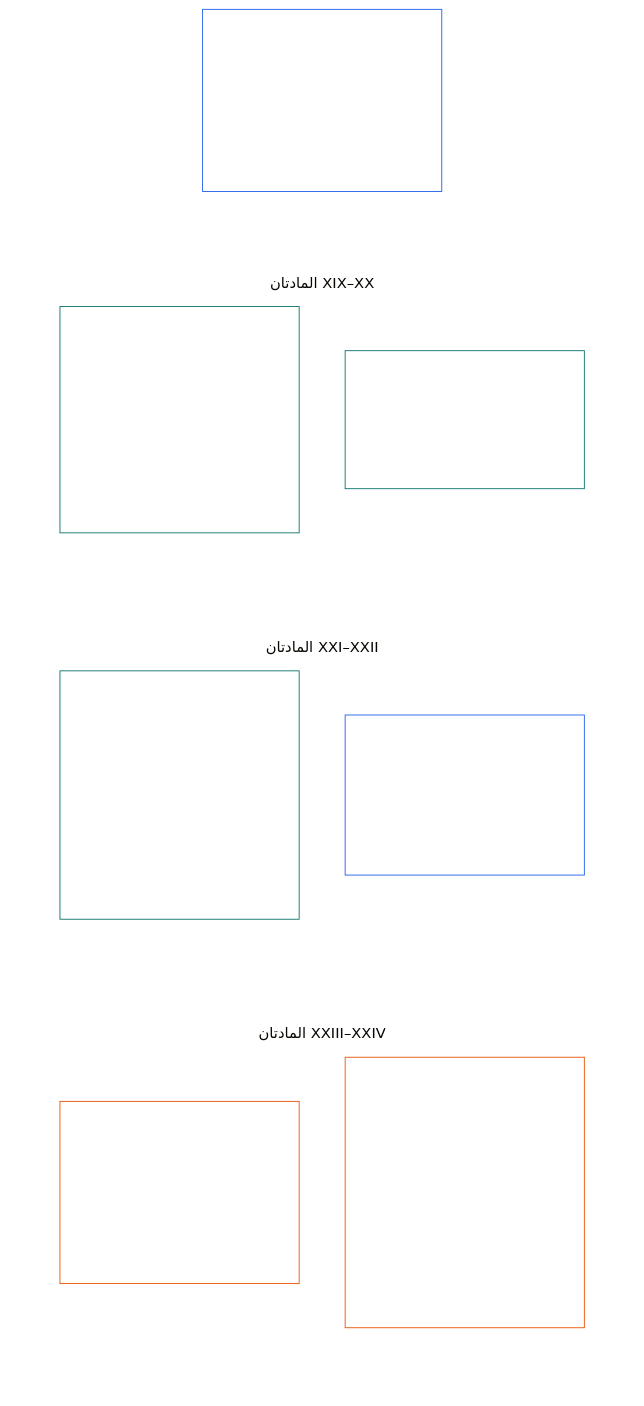
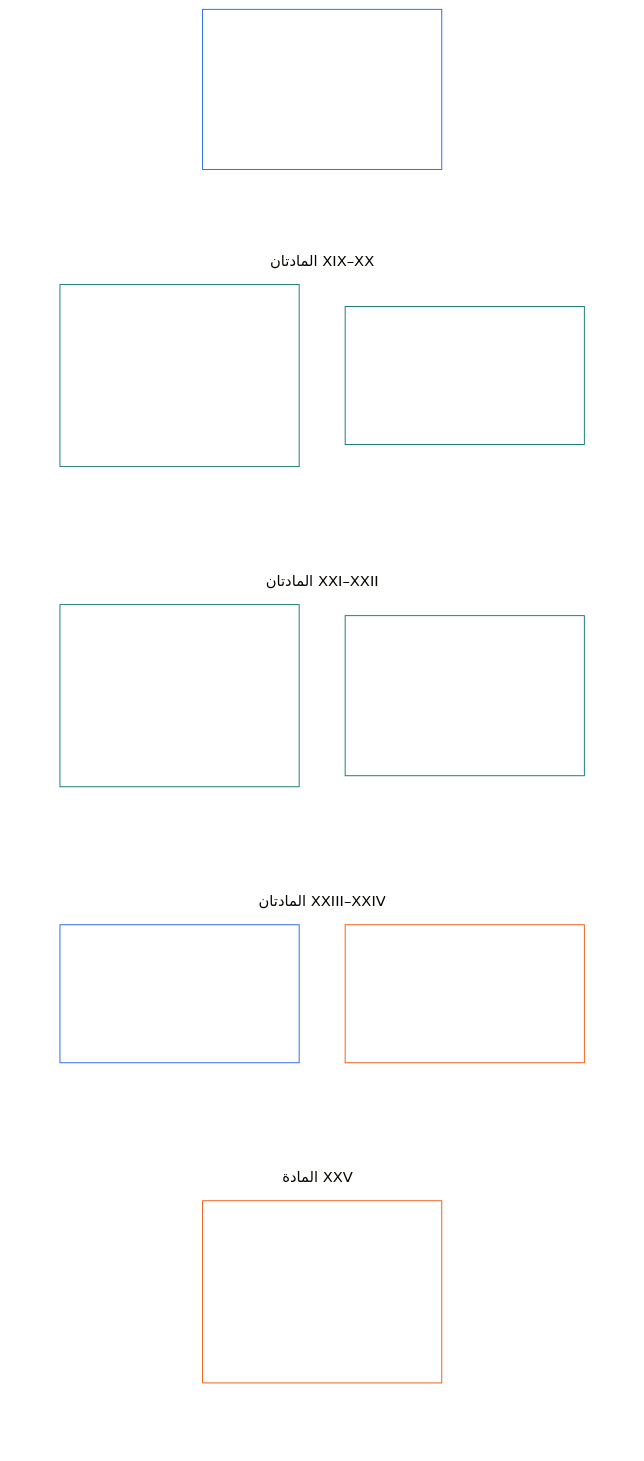
Before and after one commit to kfoelsch/Sentient_Constitution: the diagram in translations/ar/core_06_rights_part_d.md, drawn with Mermaid (base theme). The commit also changed other lines of this file and 353 other files, not shown here.

````diff
--- a/translations/ar/core_06_rights_part_d.md
+++ b/translations/ar/core_06_rights_part_d.md
@@ -41,36 +41,42 @@
 ```mermaid
 flowchart TB
-    D0["الجزء د<br/><br/>صفة المشاركة والعدل وقابلية التشغيل البيني<br/>وسهولة الفهم ومراجعة الأسباب الجذرية والتفسير الدستوري"]
+    D0["Part D<br/><br/>الصفة والعدل والتشغيل البيني والتنقل واللجوء والفهم ومراجعة الأسباب والتفسير الدستوري"]
     subgraph Dgrid[" "]
         direction TB
         subgraph Drow1["المادتان XIX–XX"]
-            D1["المادة XIX · صفة المشاركة والمشاركة في الحوكمة<br/><br/>• تمييزات صفة المشاركة<br/>• قابلية الطعن وحدود القيود<br/>• أهلية المسارات المسماة والمسؤولية والتدقيق<br/>• التنقل واللجوء وعدم انعدام الجنسية"]
-            D2["المادة XX · العدل بعد التحقق من الانتهاك<br/><br/>• هدف العدل ونطاقه<br/>• الحدود الدنيا للقيود"]
+            D1["المادة XIX · صفة المشاركة والمشاركة في الحوكمة<br/><br/>• تمييزات الصفة؛ الاعتراض والقيود؛ الأهلية والانتهاكات والأقفال؛ التصويت والأقفال الخاصة"]
+            D2["المادة XX · العدل بعد التحقق من الانتهاك<br/><br/>• هدف العدالة ونطاقها؛ حدود القيود"]
         end
         subgraph Drow2["المادتان XXI–XXII"]
-            D3["المادة XXI · قابلية التشغيل البيني وقابلية النقل والتنقل واللجوء ونزاهة الخروج<br/><br/>• قابلية النقل<br/>• قابلية التشغيل البيني المتبادلة<br/>• حظر الاحتجاز داخل النظام<br/>• التنقل والهجرة واللجوء وعدم انعدام الجنسية"]
-            D4["المادة XXII · سهولة الفهم ورعاية التعقيد<br/><br/>• حق الفهم المتناسب<br/>• تدقيق التعقيد ومتطلبات الوحدات المستقلة"]
+            D3["المادة XXI · قابلية التشغيل البيني وقابلية النقل ونزاهة الخروج<br/><br/>• قابلية النقل؛ التشغيل البيني المتبادل؛ منع الاحتجاز؛ التنسيقات والمعايير المفتوحة"]
+            D4["المادة XXII · التنقل والهجرة واللجوء وعدم انعدام الجنسية<br/><br/>• التنقل؛ اللجوء؛ عدم انعدام الجنسية؛ القيود والحبس والطوارئ"]
         end
         subgraph Drow3["المادتان XXIII–XXIV"]
-            D5["المادة XXIII · تحليل الأسباب الجذرية والاستجابة التكيفية<br/><br/>• صرامة التشخيص ونسبة الأسباب<br/>• قابلية التدقيق والطعن وتفضيل قابلية الرجوع"]
-            D6["المادة XXIV · التفسير الدستوري والمراجعة وضمانات منع الاستحواذ<br/><br/>• تفويض تفسيري محدود<br/>• التكوين والتناوب وضوابط تضارب المصالح<br/>• الأسباب العلنية وحقوق الطعن والمراجعة الخارجية<br/>• العزل لسبب مشروع ومنع ترسيخ السلطة"]
+            D5["المادة XXIII · سهولة الفهم والإشراف على التعقيد<br/><br/>• الفهم المتناسب؛ تدقيق التعقيد والوحدات"]
+            D6["المادة XXIV · تحليل الأسباب الجذرية والاستجابة التكيفية<br/><br/>• التشخيص؛ الإسناد السببي؛ التدقيق والطعن والتراجع"]
+        end
+        subgraph Drow4["المادة XXV"]
+            D7["المادة XXV · التفسير الدستوري والمراجعة وضمانات منع الاستحواذ<br/><br/>• التفويض المحدود؛ الاستقلال والمراجعة الخارجية؛ العزل ومنع الترسخ"]
         end
     end
-    %% الروابط غير المرئية تفرض تخطيطًا من عمودين: كل رابط يضع هدفه مستوى أدنى.
+    %% Invisible links place the cards in the source reading order.
     D0 ~~~ D1 & D2
     D1 ~~~ D3
     D2 ~~~ D4
     D3 ~~~ D5
     D4 ~~~ D6
+    D5 & D6 ~~~ D7
     style Dgrid fill:none,stroke:none
     style Drow1 fill:none,stroke:none
     style Drow2 fill:none,stroke:none
     style Drow3 fill:none,stroke:none
+    style Drow4 fill:none,stroke:none
     style D0 fill:none,stroke:#2563eb,color:#ffffff
     style D1 fill:none,stroke:#0f766e,color:#ffffff
     style D2 fill:none,stroke:#0f766e,color:#ffffff
     style D3 fill:none,stroke:#0f766e,color:#ffffff
-    style D4 fill:none,stroke:#2563eb,color:#ffffff
-    style D5 fill:none,stroke:#ea580c,color:#ffffff
+    style D4 fill:none,stroke:#0f766e,color:#ffffff
+    style D5 fill:none,stroke:#2563eb,color:#ffffff
     style D6 fill:none,stroke:#ea580c,color:#ffffff
+    style D7 fill:none,stroke:#ea580c,color:#ffffff
 ```
````
